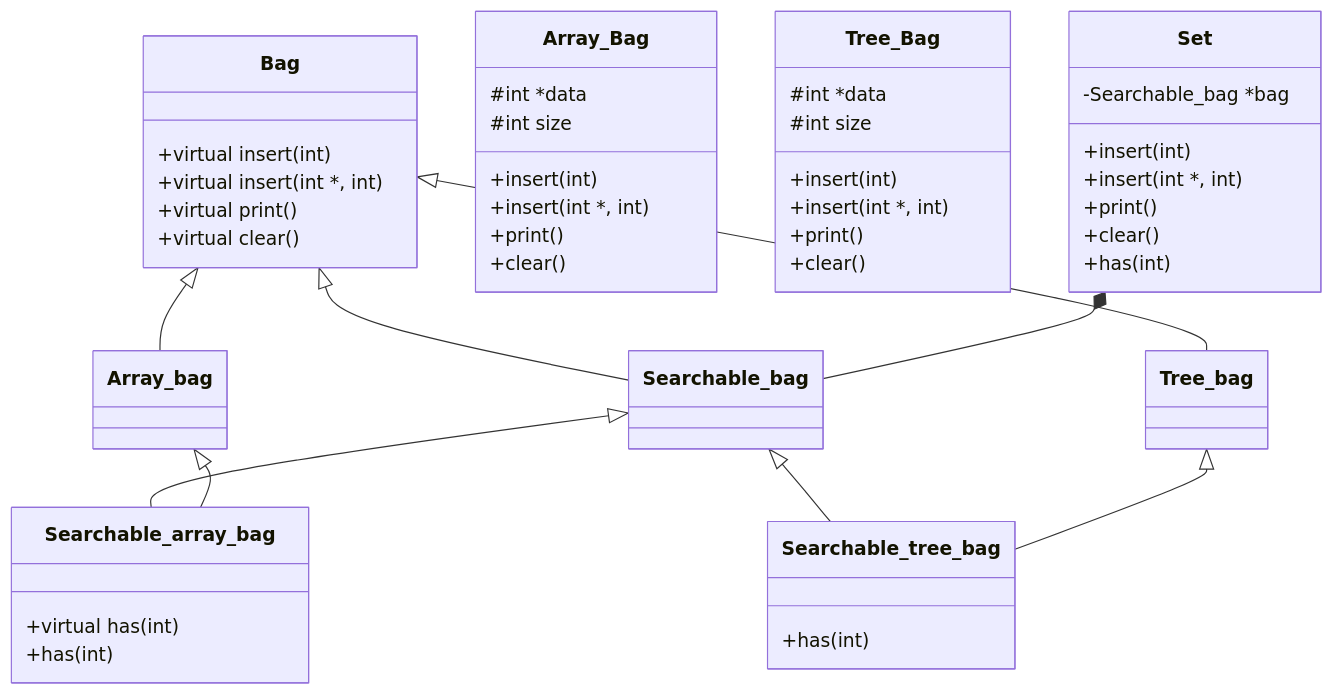
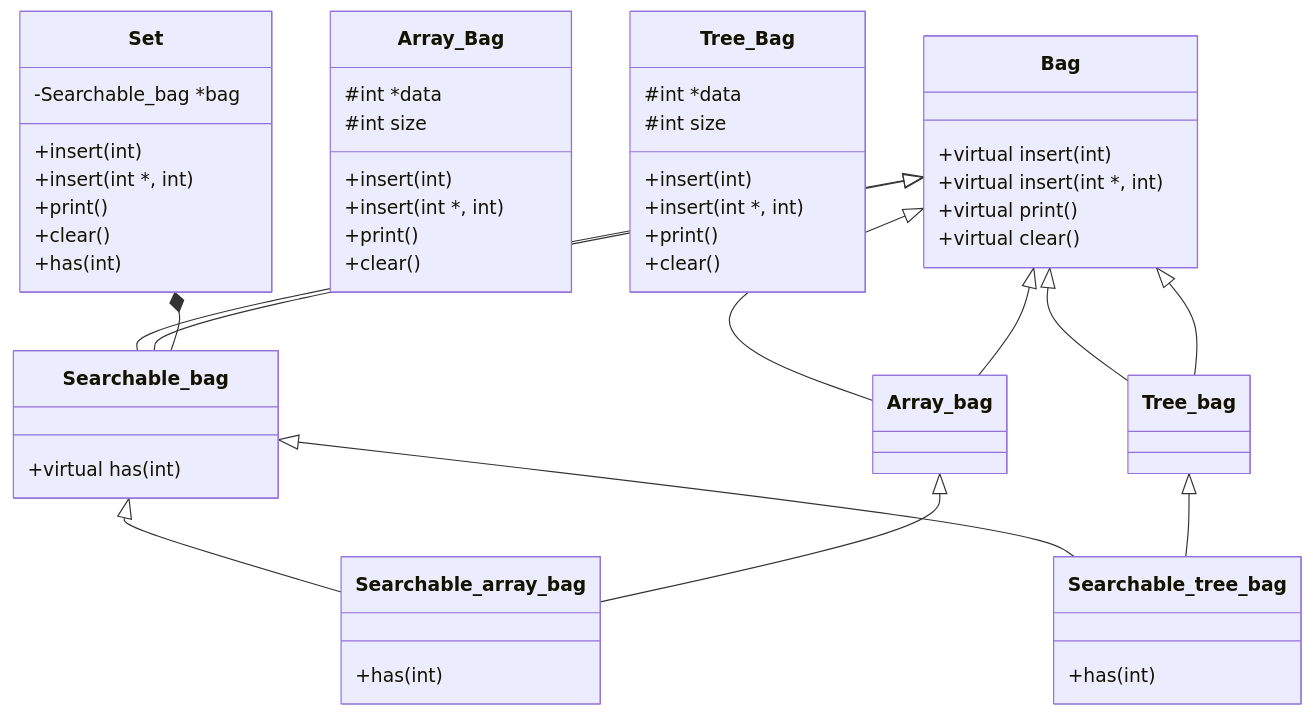
Before and after one commit to luismiguelcasadodiaz/Exam_rank_05: the diagram in l0/polyset/README.md, drawn with Mermaid.

````diff
--- a/l0/polyset/README.md
+++ b/l0/polyset/README.md
@@ -16,44 +16,47 @@
 ```mermaid
 classDiagram
   class Bag
   Bag : +virtual insert(int)
   Bag : +virtual insert(int *, int)
   Bag : +virtual print()
   Bag : +virtual clear()
+  class Searchable_bag
+  Searchable_bag : +virtual has(int)
   class Array_bag
   Array_Bag : #int *data
   Array_Bag : #int size
   Array_Bag : +insert(int)
   Array_Bag : +insert(int *, int)
   Array_Bag : +print()
   Array_Bag : +clear()
   class Tree_bag
   Tree_Bag : #int *data
   Tree_Bag : #int size
   Tree_Bag : +insert(int)
   Tree_Bag : +insert(int *, int)
   Tree_Bag : +print()
   Tree_Bag : +clear()
-  class Searchable_bag
-  Searchable_array_bag : +virtual has(int)
+  Bag <|-- Array_bag
+  Bag <|-- Tree_bag
+  Bag <|-- Searchable_bag
   class Searchable_array_bag
   Searchable_array_bag : +has(int)
   class Searchable_tree_bag
   Searchable_tree_bag : +has(int)
   class Set
   Set : -Searchable_bag *bag
   Set : +insert(int)
   Set : +insert(int *, int)
   Set : +print()
   Set : +clear()
   Set : +has(int)
   Bag <|-- Array_bag
   Bag <|-- Tree_bag
   Bag <|-- Searchable_bag
   Searchable_bag <|-- Searchable_tree_bag
   Searchable_bag <|-- Searchable_array_bag
   Tree_bag <|-- Searchable_tree_bag
   Array_bag <|-- Searchable_array_bag
   Set *-- Searchable_bag
   %% This is a comment
 ```
````
